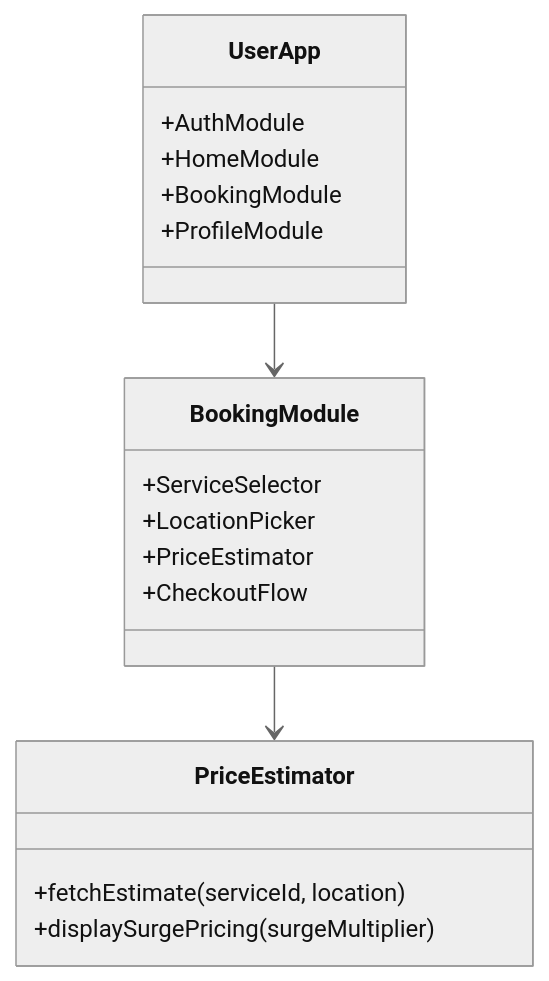
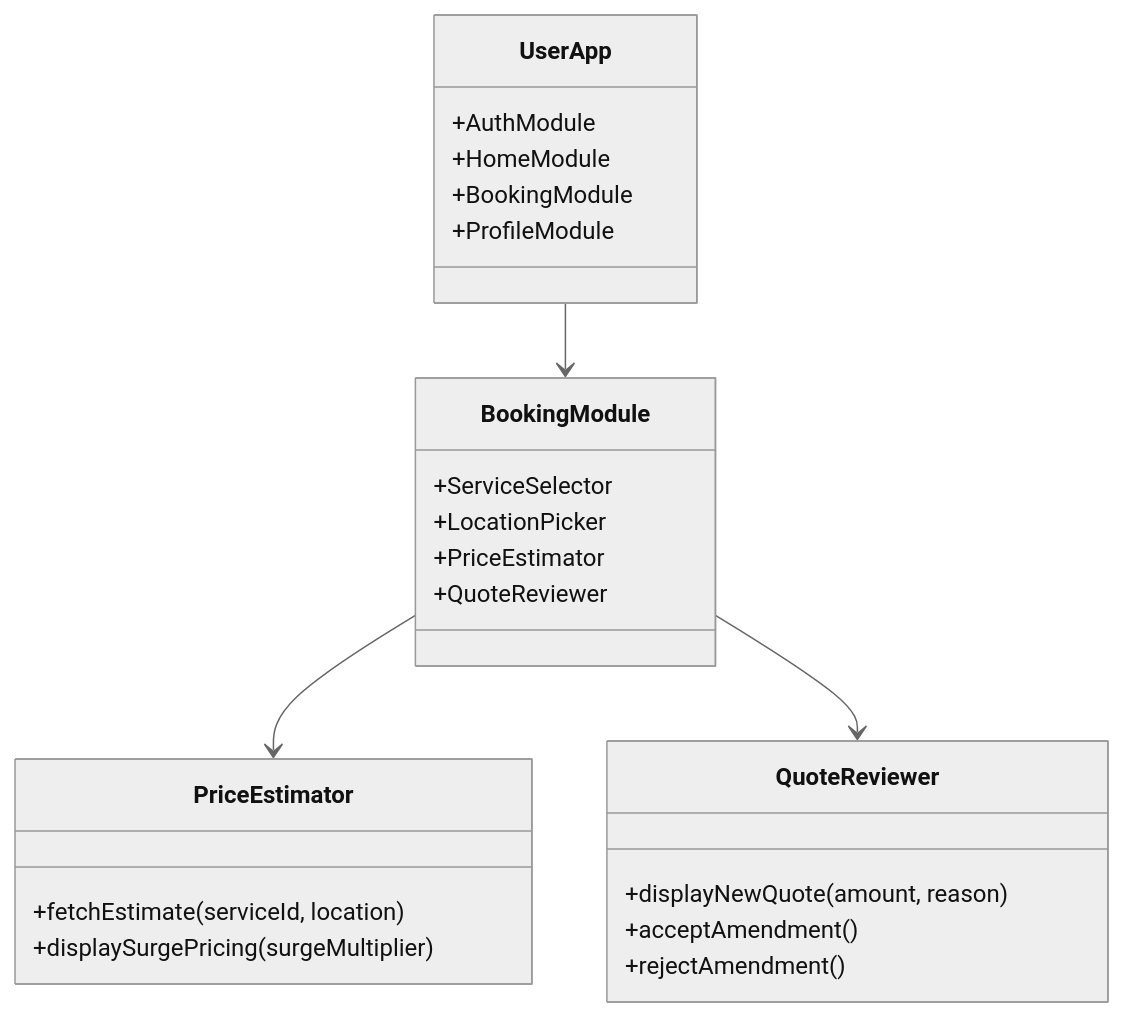
The first of 3 diagrams in docs_detailed_flows/detailed/LLD.md (Somilg11/oddigo-v2), drawn with Mermaid (neutral theme) before and after one commit. The commit also changed other lines of this file and 4 other files, not shown here.

````diff
--- a/docs_detailed_flows/detailed/LLD.md
+++ b/docs_detailed_flows/detailed/LLD.md
@@ -9,24 +9,31 @@
 ```mermaid
 classDiagram
     class UserApp {
         +AuthModule
         +HomeModule
         +BookingModule
         +ProfileModule
     }
 
     class BookingModule {
         +ServiceSelector
         +LocationPicker
         +PriceEstimator
-        +CheckoutFlow
+        +QuoteReviewer
+    }
+    
+    class QuoteReviewer {
+        +displayNewQuote(amount, reason)
+        +acceptAmendment()
+        +rejectAmendment()
     }
 
     class PriceEstimator {
         +fetchEstimate(serviceId, location)
         +displaySurgePricing(surgeMultiplier)
     }
 
     UserApp --> BookingModule
     BookingModule --> PriceEstimator
+    BookingModule --> QuoteReviewer
 ```
````
